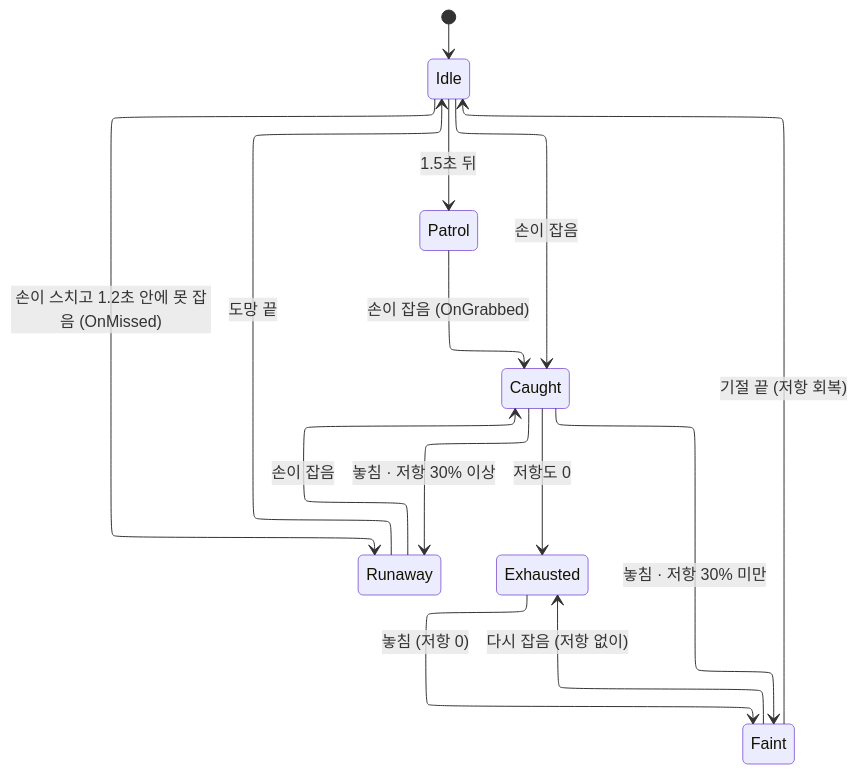
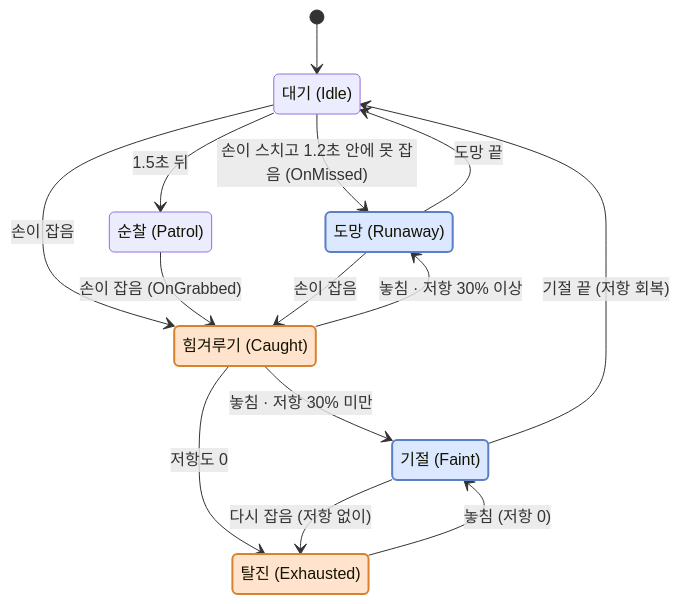
The third of 5 diagrams in src/2-teamproject-hs/기술문서.md (pinkshield/portfolio), drawn with Mermaid before and after one commit. The commit also changed other lines of this file, not shown here.

Commit message:
WeGotOne 4-2: 상태 흐름 그림을 선이 겹치지 않게 다시 그림(ELK 배치 뺌, 잡혀 있는 동안 주황 · 놓친 뒤 파랑) · 화살표 12개 ea61f53 재대조 근거 · 예전 그림은 숨김 주석

````diff
--- a/src/2-teamproject-hs/기술문서.md
+++ b/src/2-teamproject-hs/기술문서.md
@@ -292,17 +292,26 @@
 ```mermaid
-%%{init: {"layout": "elk"}}%%
 stateDiagram-v2
+    state "대기 (Idle)" as Idle
+    state "도망 (Runaway)" as Runaway
+    state "순찰 (Patrol)" as Patrol
+    state "힘겨루기 (Caught)" as Caught
+    state "기절 (Faint)" as Faint
+    state "탈진 (Exhausted)" as Exhausted
     [*] --> Idle
+    Idle --> Runaway : 손이 스치고 1.2초 안에 못 잡음 (OnMissed)
+    Idle --> Caught : 손이 잡음
     Idle --> Patrol : 1.5초 뒤
     Patrol --> Caught : 손이 잡음 (OnGrabbed)
-    Idle --> Caught : 손이 잡음
     Runaway --> Caught : 손이 잡음
-    Idle --> Runaway : 손이 스치고 1.2초 안에 못 잡음 (OnMissed)
+    Caught --> Runaway : 놓침 · 저항 30% 이상
+    Caught --> Faint : 놓침 · 저항 30% 미만
     Caught --> Exhausted : 저항도 0
-    Caught --> Faint : 놓침 · 저항 30% 미만
-    Caught --> Runaway : 놓침 · 저항 30% 이상
     Exhausted --> Faint : 놓침 (저항 0)
     Faint --> Exhausted : 다시 잡음 (저항 없이)
+    Runaway --> Idle : 도망 끝
     Faint --> Idle : 기절 끝 (저항 회복)
-    Runaway --> Idle : 도망 끝
+    classDef held fill:#ffe3cc,stroke:#d9822b,stroke-width:2px
+    classDef free fill:#dbe8ff,stroke:#5b7fc7,stroke-width:2px
+    class Caught,Exhausted held
+    class Faint,Runaway free
 ```
````
